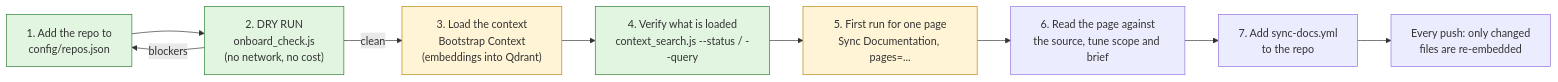
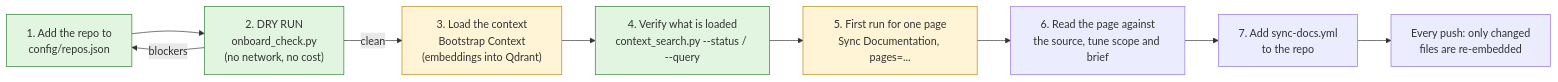
The diagram in docs/ONBOARD-A-REPO.md (rubenalejandrocalderoncorona/ai-multisync-tool), drawn with Mermaid before and after one commit. The commit also changed other lines of this file and 148 other files, not shown here.

````diff
--- a/docs/ONBOARD-A-REPO.md
+++ b/docs/ONBOARD-A-REPO.md
@@ -6,16 +6,16 @@
 ```mermaid
 flowchart LR
-  A["1. Add the repo to<br/>config/repos.json"] --> B["2. DRY RUN<br/>onboard_check.js<br/>(no network, no cost)"]
+  A["1. Add the repo to<br/>config/repos.json"] --> B["2. DRY RUN<br/>onboard_check.py<br/>(no network, no cost)"]
   B -->|"blockers"| A
   B -->|"clean"| C["3. Load the context<br/>Bootstrap Context<br/>(embeddings into Qdrant)"]
-  C --> D["4. Verify what is loaded<br/>context_search.js --status / --query"]
+  C --> D["4. Verify what is loaded<br/>context_search.py --status / --query"]
   D --> E["5. First run for one page<br/>Sync Documentation, pages=..."]
   E --> F["6. Read the page against<br/>the source, tune scope and brief"]
   F --> G["7. Add sync-docs.yml<br/>to the repo"]
   G --> H["Every push: only changed<br/>files are re-embedded"]
 
   classDef free fill:#e1f5e1,stroke:#2e7d32;
   classDef cost fill:#fff4d6,stroke:#b8860b;
   class A,B,D free;
   class C,E cost;
 ```
````
